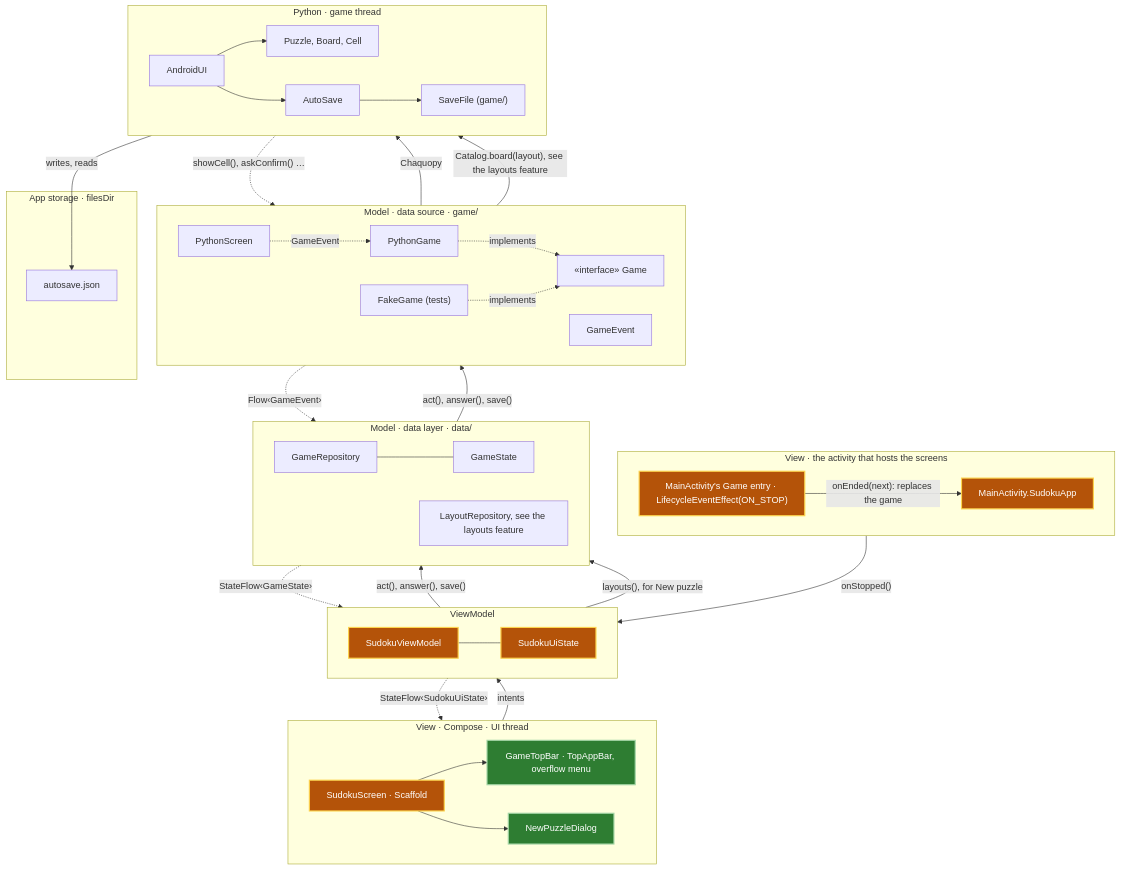
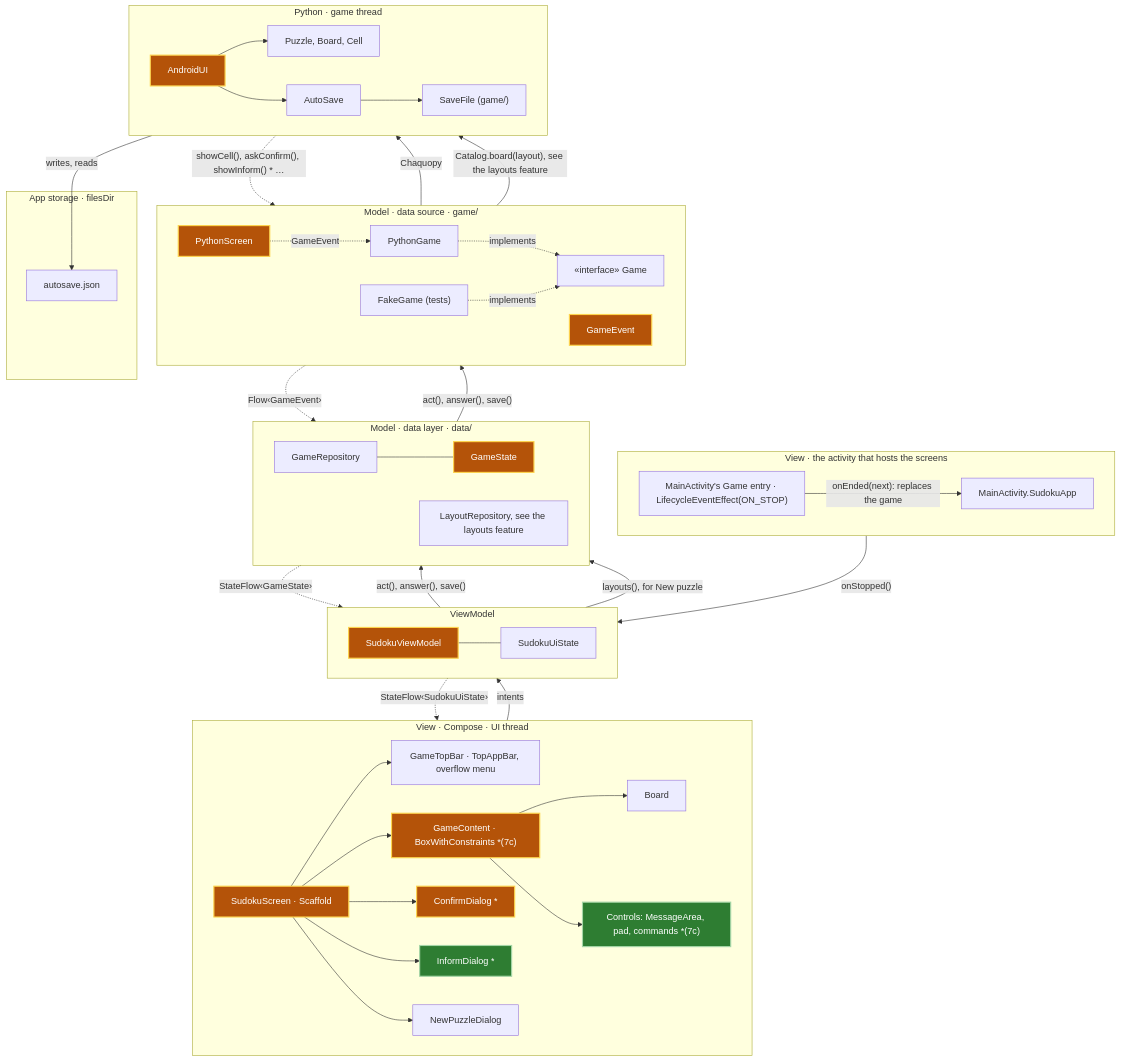
One commit to aivanov61/sudoku-solver changed the fifth of 11 diagrams in android/docs/architecture.md. Above: the diagram before and after it, drawn with Mermaid. The commit also changed other lines of this file, not shown here.

Commit message:
Plan phase 7 in the architecture doc: inform() as a dialog with OK (7a), saves carried out while a dialog waits (7b), and a message area of fixed height with the board fitted to the screen and the controls beside it when wide (7c).

````diff
--- a/android/docs/architecture.md
+++ b/android/docs/architecture.md
@@ -246,64 +255,69 @@
 ```mermaid
 flowchart TB
     subgraph Host["View · the activity that hosts the screens"]
         direction LR
         SudokuApp["MainActivity.SudokuApp"]
         GameEntry["MainActivity's Game entry · LifecycleEventEffect(ON_STOP)"]
     end
 
     subgraph View["View · Compose · UI thread"]
         direction LR
         SudokuScreen["SudokuScreen · Scaffold"] --> GameTopBar["GameTopBar · TopAppBar, overflow menu"]
+        SudokuScreen --> GameContent["GameContent · BoxWithConstraints *(7c)"]
+        GameContent --> Board
+        GameContent --> Controls["Controls: MessageArea, pad, commands *(7c)"]
+        SudokuScreen --> ConfirmDialog["ConfirmDialog *"]
+        SudokuScreen --> InformDialog["InformDialog *"]
         SudokuScreen --> NewPuzzleDialog
     end
 
     subgraph VM["ViewModel"]
         direction LR
         SudokuViewModel --- SudokuUiState
     end
 
     subgraph DataLayer["Model · data layer · data/"]
         direction LR
         GameRepository["GameRepository"] --- GameState
         LayoutRepository["LayoutRepository, see the layouts feature"]
     end
 
     subgraph DataSource["Model · data source · game/"]
         direction LR
         PythonGame["PythonGame"] -. implements .-> Game["«interface» Game"]
         GameEvent
         FakeGame["FakeGame (tests)"] -. implements .-> Game
         PythonScreen
     end
 
     subgraph Python["Python · game thread"]
         direction LR
         AndroidUI["AndroidUI"] --> Puzzle["Puzzle, Board, Cell"]
         AndroidUI --> AutoSave["AutoSave"]
         AutoSave --> SaveFile["SaveFile (game/)"]
     end
 
     subgraph Storage["App storage · filesDir"]
         AutoSaveFile["autosave.json"]
     end
 
     GameEntry -- "onStopped()" --> SudokuViewModel
     GameEntry -- "onEnded(next): replaces the game" --> SudokuApp
     SudokuScreen -- "intents" --> SudokuViewModel
     SudokuViewModel -. "StateFlow‹SudokuUiState›" .-> SudokuScreen
     SudokuViewModel -- "act(), answer(), save()" --> GameRepository
     SudokuViewModel -- "layouts(), for New puzzle" --> LayoutRepository
     GameRepository -. "StateFlow‹GameState›" .-> SudokuViewModel
     GameRepository -- "act(), answer(), save()" --> Game
     Game -. "Flow‹GameEvent›" .-> GameRepository
     PythonGame -- "Chaquopy" --> AndroidUI
-    AndroidUI -. "showCell(), askConfirm() …" .-> PythonScreen
+    AndroidUI -. "showCell(), askConfirm(), showInform() * …" .-> PythonScreen
     PythonScreen -. "GameEvent" .-> PythonGame
     PythonGame -- "Catalog.board(layout), see the layouts feature" --> AndroidUI
     SaveFile -- "writes, reads" --> AutoSaveFile
 
     classDef new fill:#2e7d32,stroke:#a5d6a7,stroke-width:2px,color:#ffffff
     classDef changed fill:#b45309,stroke:#fcd34d,stroke-width:2px,color:#ffffff
-    class GameTopBar,NewPuzzleDialog new
-    class SudokuApp,GameEntry,SudokuScreen,SudokuViewModel,SudokuUiState changed
+    class InformDialog,Controls new
+    class SudokuScreen,GameContent,ConfirmDialog,SudokuViewModel,GameState,GameEvent,PythonScreen,AndroidUI changed
 ```
````
